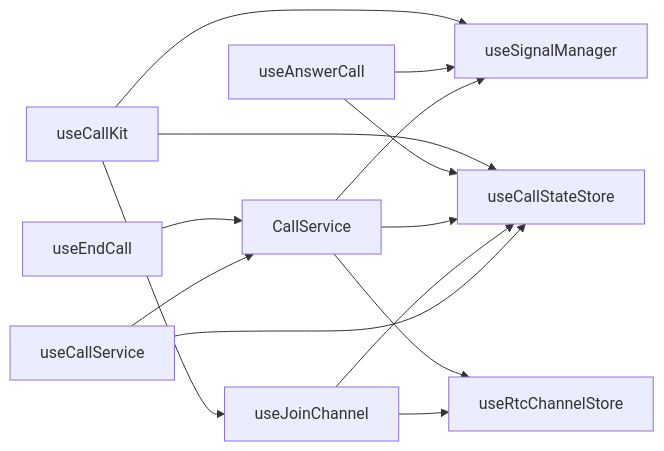
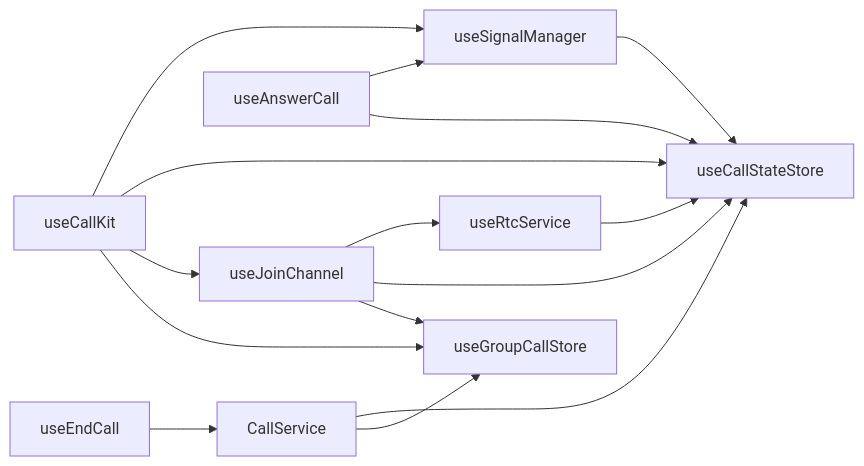
Before and after one commit to Easemob-Community/easemob-uikit-callkit-vue3: the seventh of 7 diagrams in .qoder/repowiki/zh/content/API 参考/组合式 API/通话控制 API.md, drawn with Mermaid. The commit also changed other lines of this file and 40 other files, not shown here.

````diff
--- a/.qoder/repowiki/zh/content/API 参考/组合式 API/通话控制 API.md
+++ b/.qoder/repowiki/zh/content/API 参考/组合式 API/通话控制 API.md
@@ -433,16 +467,17 @@
 ```mermaid
 graph LR
 CK["useCallKit"] --> SM["useSignalManager"]
 CK --> CST["useCallStateStore"]
 CK --> JC["useJoinChannel"]
+CK --> GCS["useGroupCallStore"]
 AC["useAnswerCall"] --> SM
 AC --> CST
 EC["useEndCall"] --> SVC["CallService"]
 SVC --> CST
-SVC --> RST["useRtcChannelStore"]
-SVC --> SM
-JC --> RST
+SVC --> GCS
+JC --> RS["useRtcService"]
 JC --> CST
-CS["useCallService"] --> CST
-CS --> SVC
+JC --> GCS
+RS --> CST
+SM --> CST
 ```
````
